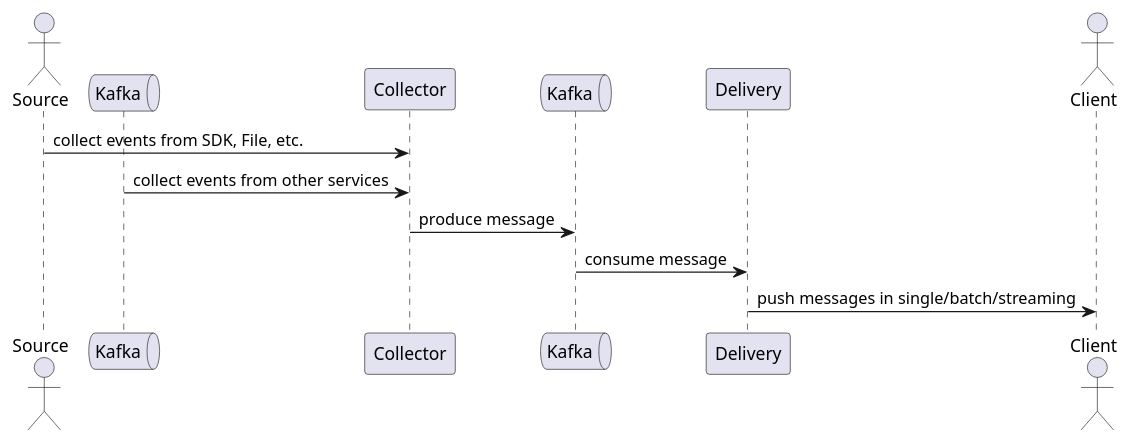
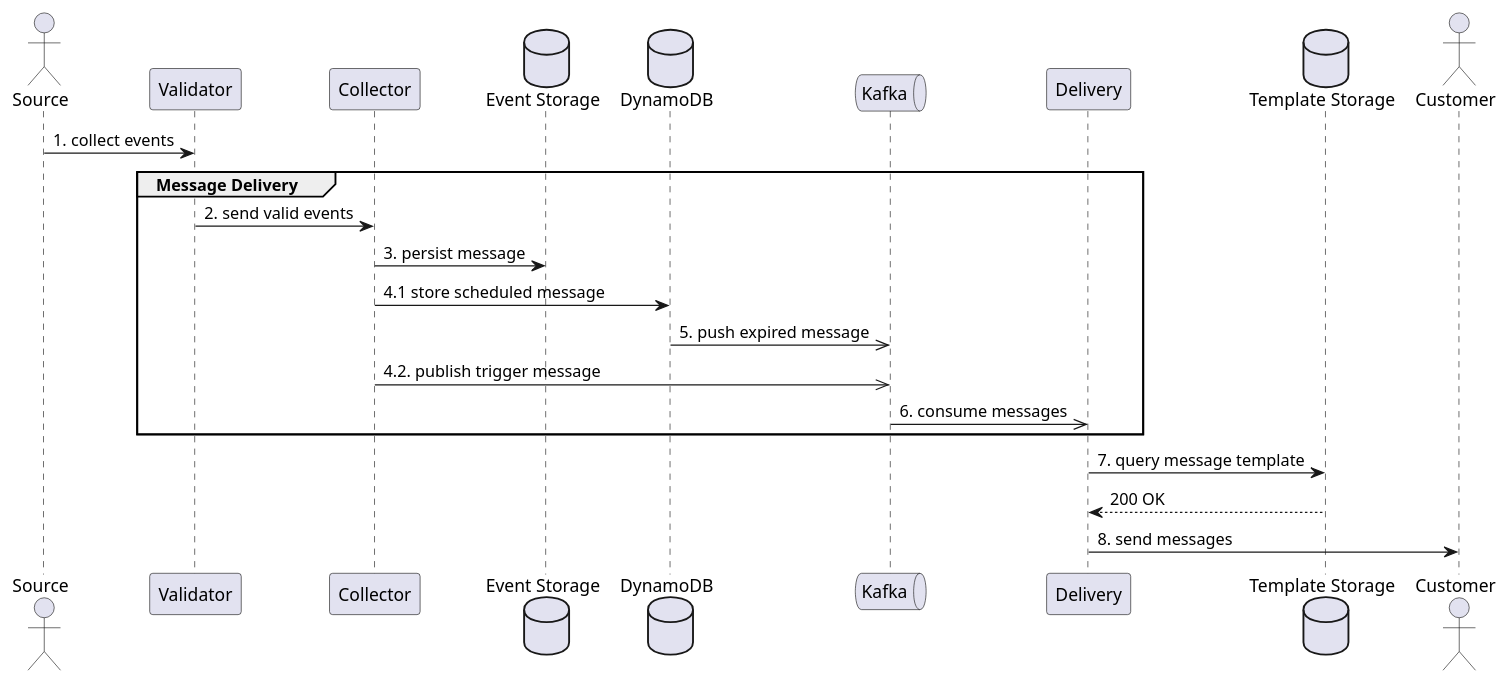
Before and after one commit to lamngo-mck/message-delivery: the diagram in docs/overview.puml, drawn with PlantUML. The commit also changed 24 other files, not shown here.

Commit message:
feat: implement event collector

```diff
--- a/docs/overview.puml
+++ b/docs/overview.puml
@@ -1,16 +1,26 @@
 @startuml
 
 actor Source
-queue Kafka as EventSource
+participant Validator
 participant Collector
+database "Event Storage" as EventDB
+database DynamoDB
 queue Kafka as EventProcessor
 participant Delivery
-actor Client
+database "Template Storage" as TemplateDB
+actor Customer
 
-Source -> Collector: collect events from SDK, File, etc.
-EventSource -> Collector: collect events from other services
-Collector -> EventProcessor: produce message
-EventProcessor -> Delivery: consume message
-Delivery -> Client: push messages in single/batch/streaming
+Source -> Validator: 1. collect events
+group Message Delivery
+    Validator -> Collector: 2. send valid events
+    Collector -> EventDB: 3. persist message
+    Collector -> DynamoDB: 4.1 store scheduled message
+    DynamoDB ->> EventProcessor: 5. push expired message
+    Collector ->> EventProcessor: 4.2. publish trigger message
+    EventProcessor ->> Delivery: 6. consume messages
+end
+Delivery -> TemplateDB: 7. query message template
+TemplateDB --> Delivery: 200 OK
+Delivery -> Customer: 8. send messages
 
 @enduml
```
